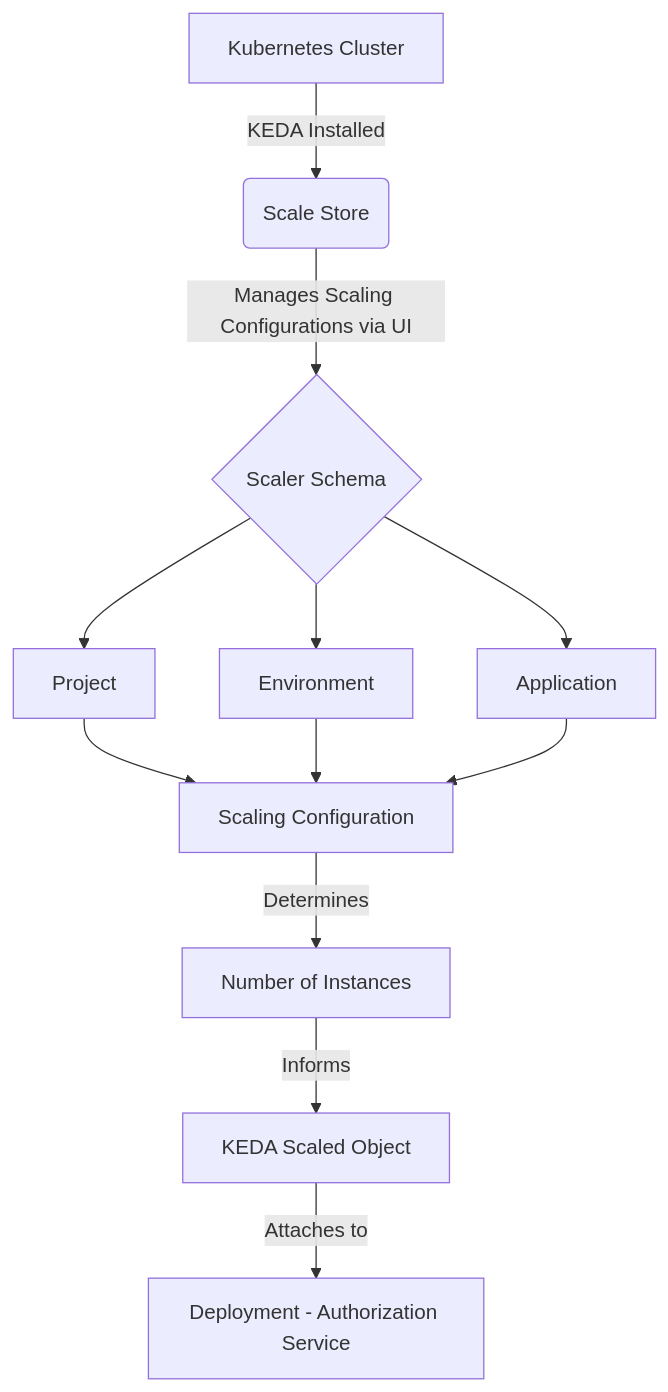
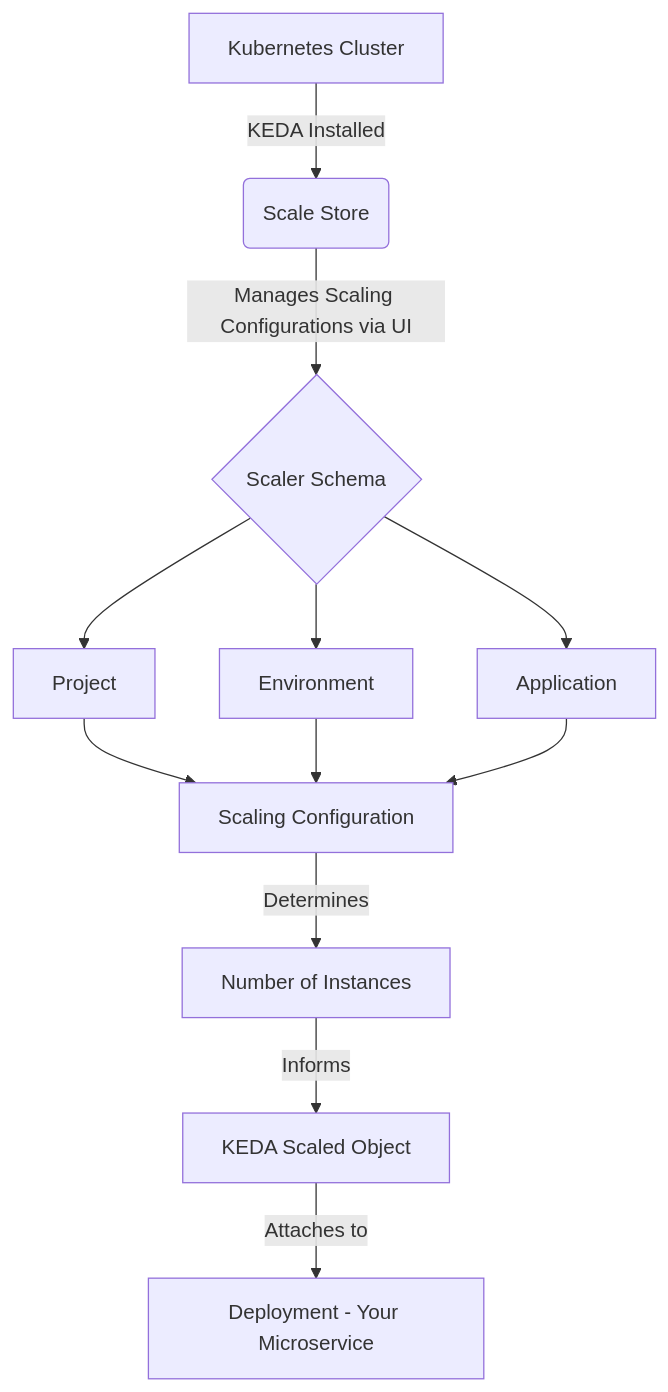
Before and after one commit to josephaw1022/ScaleStore: the diagram in README.md, drawn with Mermaid.

````diff
--- a/README.md
+++ b/README.md
@@ -16,14 +16,14 @@
 ```mermaid
 graph TD
     A[Kubernetes Cluster] -->|KEDA Installed| B(Scale Store)
     B -->|Manages Scaling Configurations via UI| C{Scaler Schema}
     C --> D[Project]
     C --> E[Environment]
     C --> F[Application]
     D --> G[Scaling Configuration]
     E --> G
     F --> G
     G -->|Determines| H[Number of Instances]
     H -->|Informs| I[KEDA Scaled Object]
-    I -->|Attaches to| J[Deployment - Authorization Service]
+    I -->|Attaches to| J[Deployment - Your Microservice]
 ```
````
